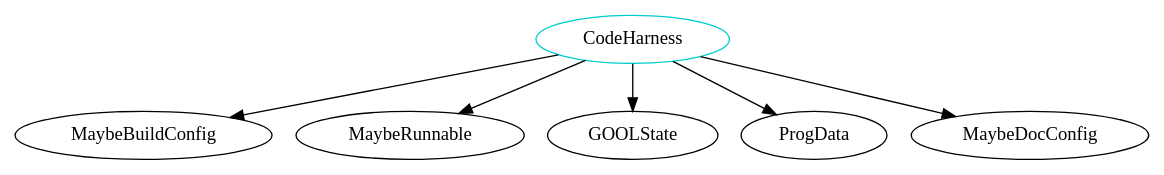
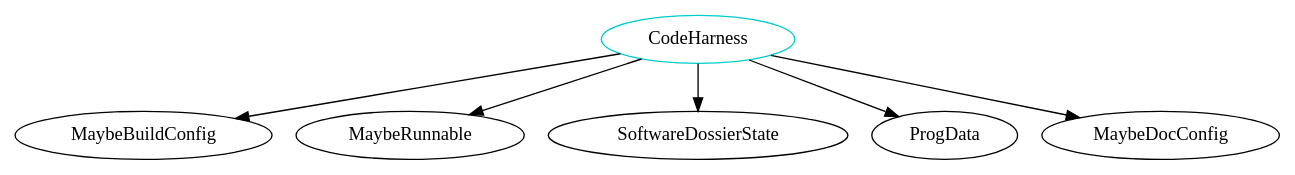
Before and after one commit to JacquesCarette/Drasil: the diagram in analysis/TypeDependencyGraphs/code/CodeHarness.dot, drawn with Graphviz. The commit also changed 1118 other files, not shown here.

```diff
--- a/analysis/TypeDependencyGraphs/code/CodeHarness.dot
+++ b/analysis/TypeDependencyGraphs/code/CodeHarness.dot
@@ -1,8 +1,8 @@
 digraph codeharness{
 CodeHarness	[shape=oval, color=cyan3, label="CodeHarness"];
 CodeHarness -> MaybeBuildConfig;
 CodeHarness -> MaybeRunnable;
-CodeHarness -> GOOLState;
+CodeHarness -> SoftwareDossierState;
 CodeHarness -> ProgData;
 CodeHarness -> MaybeDocConfig;
 }
```
